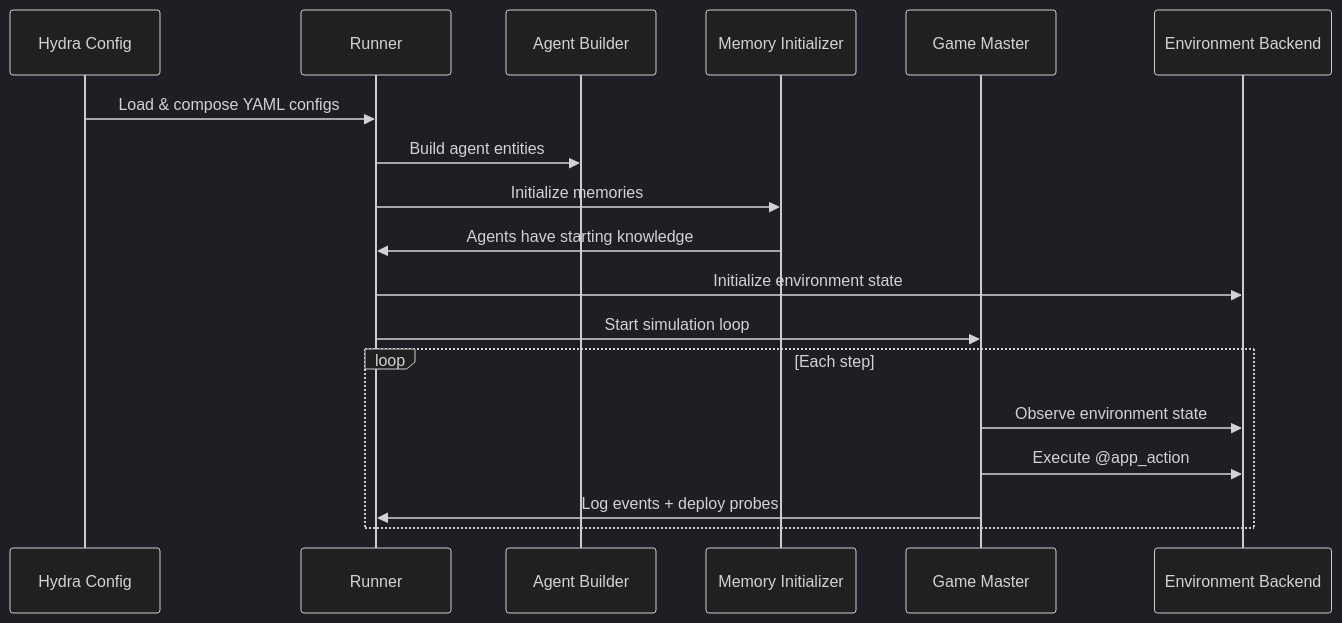
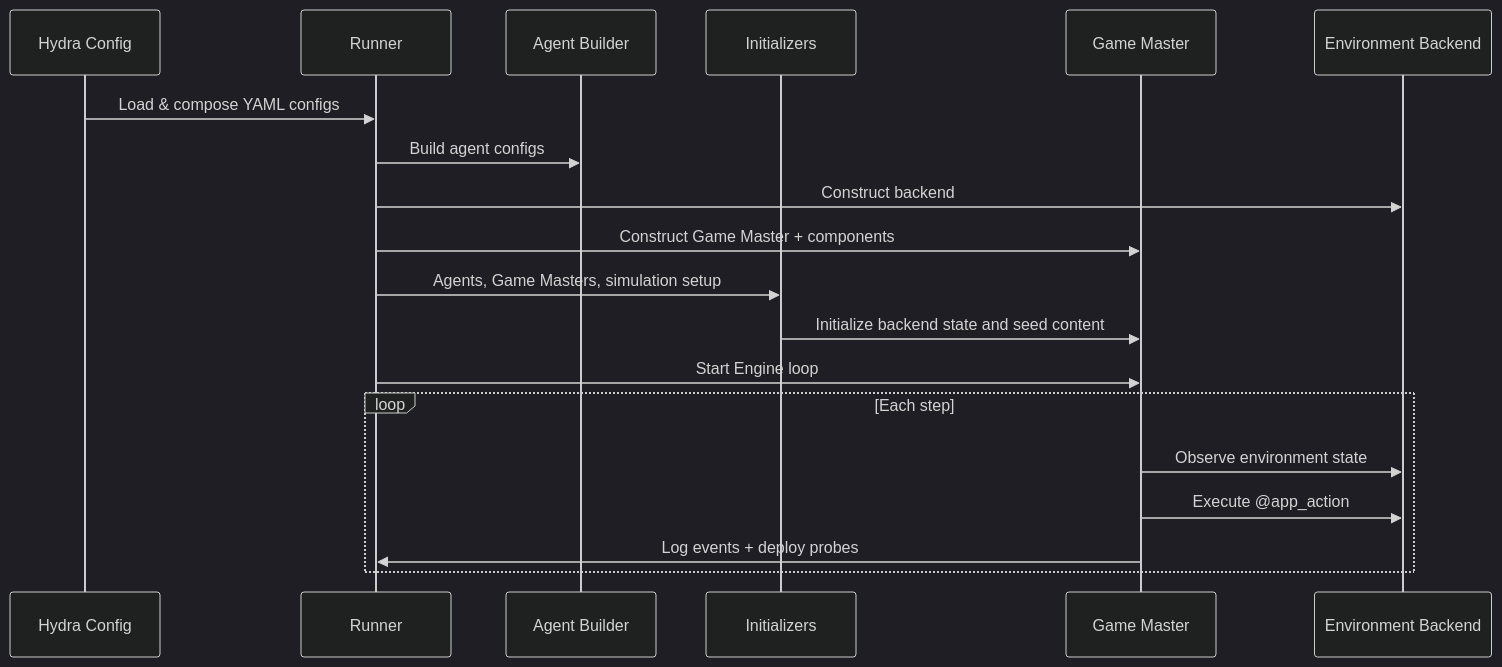
Before and after one commit to sandbox-social/silisocs: the diagram in docs/usage.md, drawn with Mermaid (dark theme). The commit also changed other lines of this file and 147 other files, not shown here.

Commit message:
♻️  refactor(engine,-gm-components,-dashboards): refactored engine policies, gm components, removed legacy code from dashboards

````diff
--- a/docs/usage.md
+++ b/docs/usage.md
@@ -10,21 +10,22 @@
 ```mermaid
 sequenceDiagram
     participant Config as Hydra Config
     participant Runner as Runner
     participant Builder as Agent Builder
-    participant Init as Memory Initializer
+    participant Init as Initializers
     participant GM as Game Master
     participant Backend as Environment Backend
 
     Config->>Runner: Load & compose YAML configs
-    Runner->>Builder: Build agent entities
-    Runner->>Init: Initialize memories
-    Init->>Runner: Agents have starting knowledge
-    Runner->>Backend: Initialize environment state
-    Runner->>GM: Start simulation loop
+    Runner->>Builder: Build agent configs
+    Runner->>Backend: Construct backend
+    Runner->>GM: Construct Game Master + components
+    Runner->>Init: Agents, Game Masters, simulation setup
+    Init->>GM: Initialize backend state and seed content
+    Runner->>GM: Start Engine loop
     loop Each step
         GM->>Backend: Observe environment state
         GM->>Backend: Execute @app_action
         GM->>Runner: Log events + deploy probes
     end
 ```
````
